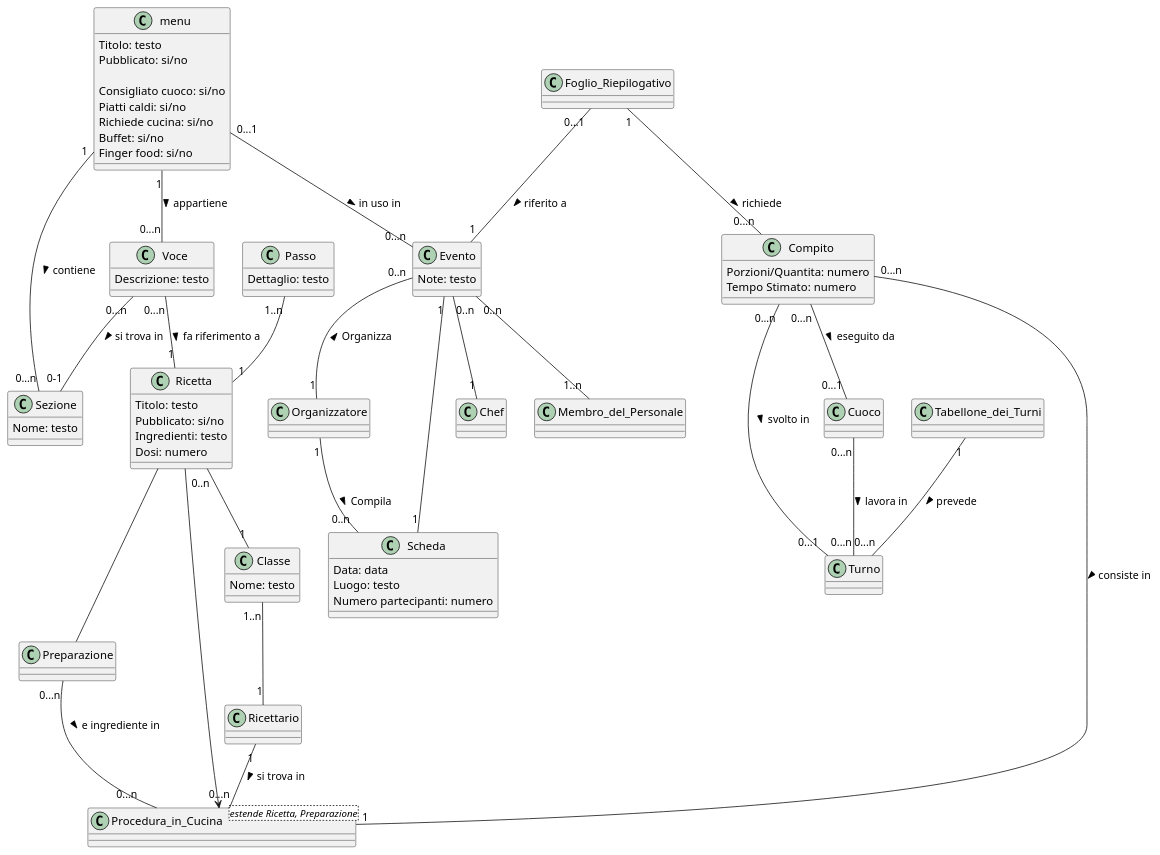
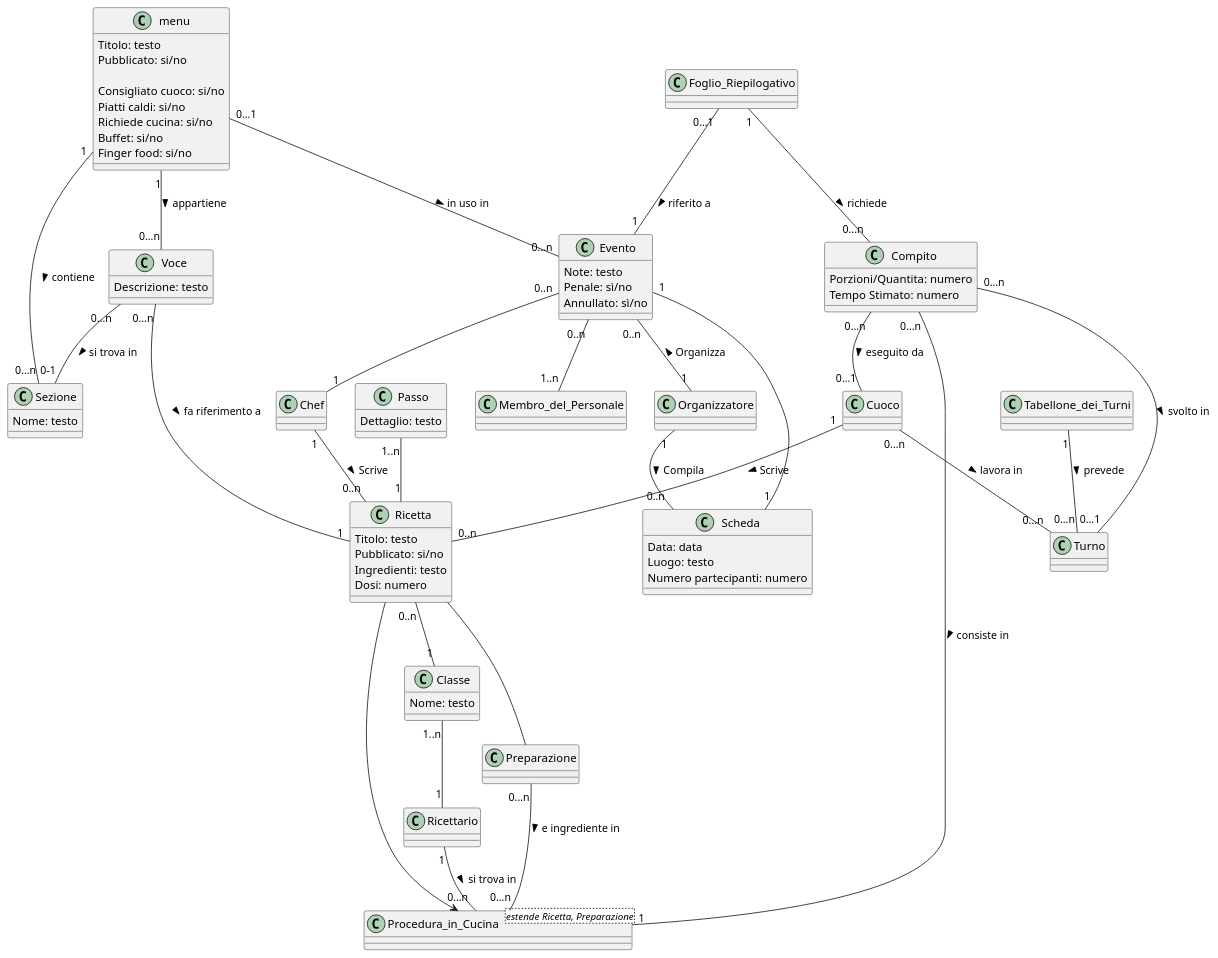
Before and after one commit to m0canu1/sas: the diagram in mdd/modello_di_dominio.md, drawn with PlantUML.

Commit message:
MDD aggiornato

````diff
--- a/mdd/modello_di_dominio.md
+++ b/mdd/modello_di_dominio.md
@@ -1,79 +1,83 @@
 ```plantuml
 Class menu {
     Titolo: testo
     Pubblicato: si/no
     
     Consigliato cuoco: si/no
     Piatti caldi: si/no
     Richiede cucina: si/no
     Buffet: si/no
     Finger food: si/no
 }
 
 Class Sezione {
     Nome: testo
 }
 
 Class Voce {
     Descrizione: testo
 }
 
 Class Compito {
     Porzioni/Quantita: numero
     Tempo Stimato: numero
 }
 
 Class Procedura_in_Cucina<estende Ricetta, Preparazione> {
 
 }
 
 Class Ricetta {
 	Titolo: testo
 	Pubblicato: si/no
 	Ingredienti: testo
 	Dosi: numero
 }
 
 Class Passo {
 	Dettaglio: testo
 }
 
 Class Classe {
 	Nome: testo
 }
 
 Class Scheda{
 	Data: data
 	Luogo: testo
 	Numero partecipanti: numero
 }
 Class Evento {
 	Note: testo
+	Penale: sì/no
+	Annullato: sì/no
 }
 Evento "0..n" -- "1" Chef
+Chef "1" -- "0..n" Ricetta: Scrive >
+Cuoco "1" -- "0..n" Ricetta: Scrive >
 Evento "0..n" -- "1..n" Membro_del_Personale
 Scheda "1" -- "1" Evento
 Organizzatore "1" -- "0..n" Scheda: Compila >
 Ricetta "0..n" -- "1" Classe
 Classe "1..n" -- "1" Ricettario
 Passo "1..n" -- "1" Ricetta
 menu "1" -- "0...n" Voce: appartiene >
 menu "1" -- "0...n" Sezione: contiene >
 menu "0...1" -- "0...n" Evento: in uso in >
 Evento "0..n" -- "1" Organizzatore : Organizza <
 Voce "0...n" -- "0-1" Sezione: si trova in >
 Voce "0...n" -- "1" Ricetta: fa riferimento a >
 Foglio_Riepilogativo "1" -- "0...n" Compito: richiede >
 Foglio_Riepilogativo "0...1" -- "1" Evento: riferito a >
 Compito "0...n" -- "0...1" Turno: svolto in >
 Tabellone_dei_Turni "1" -- "0...n" Turno: prevede >
 Cuoco "0...n" -- "0...n" Turno: lavora in >
 Compito "0...n" -- "0...1" Cuoco: eseguito da >
 Compito "0...n" -- "1" Procedura_in_Cucina: consiste in >
 Ricettario "1" -- "0...n" Procedura_in_Cucina: si trova in >
 Preparazione "0...n" -- "0...n" Procedura_in_Cucina: e ingrediente in >
 Ricetta -- Preparazione
 Ricetta --> Procedura_in_Cucina
 
 
 ```
````
